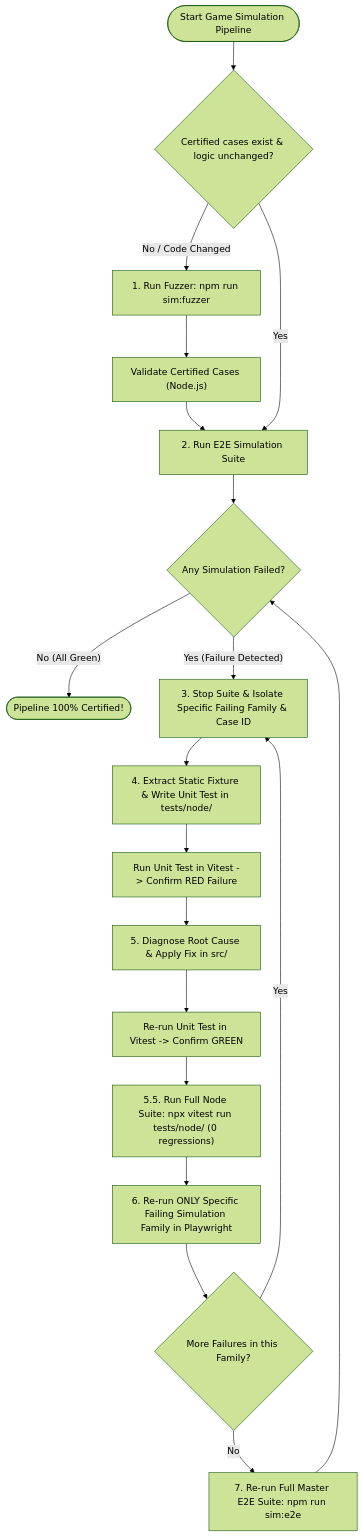
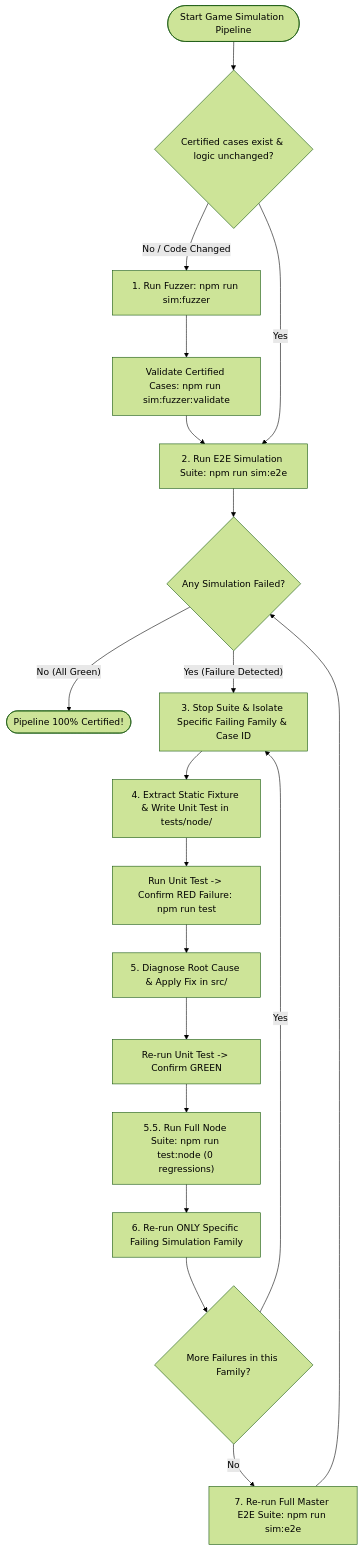
The diagram in .agents/skills/game-simulation/SKILL.md (Darkham77/PokeBorrador), drawn with Mermaid (forest theme) before and after one commit. The commit also changed other lines of this file and 43 other files, not shown here.

````diff
--- a/.agents/skills/game-simulation/SKILL.md
+++ b/.agents/skills/game-simulation/SKILL.md
@@ -212,21 +212,21 @@
 ```mermaid
 flowchart TD
     Start(["Start Game Simulation Pipeline"]) --> FuzzerCheck{"Certified cases exist & logic unchanged?"}
     FuzzerCheck -- "No / Code Changed" --> RunFuzzer["1. Run Fuzzer: npm run sim:fuzzer"]
-    RunFuzzer --> ValidateFuzzer["Validate Certified Cases (Node.js)"]
-    ValidateFuzzer --> RunE2E["2. Run E2E Simulation Suite"]
+    RunFuzzer --> ValidateFuzzer["Validate Certified Cases: npm run sim:fuzzer:validate"]
+    ValidateFuzzer --> RunE2E["2. Run E2E Simulation Suite: npm run sim:e2e"]
     FuzzerCheck -- "Yes" --> RunE2E
     RunE2E --> E2ECheck{"Any Simulation Failed?"}
     E2ECheck -- "No (All Green)" --> Done(["Pipeline 100% Certified!"])
     E2ECheck -- "Yes (Failure Detected)" --> IsolateCase["3. Stop Suite & Isolate Specific Failing Family & Case ID"]
     IsolateCase --> ExtractFixture["4. Extract Static Fixture & Write Unit Test in tests/node/"]
-    ExtractFixture --> RunRED["Run Unit Test in Vitest -> Confirm RED Failure"]
+    ExtractFixture --> RunRED["Run Unit Test -> Confirm RED Failure: npm run test"]
     RunRED --> FixCode["5. Diagnose Root Cause & Apply Fix in src/"]
-    FixCode --> RunGREEN["Re-run Unit Test in Vitest -> Confirm GREEN"]
-    RunGREEN --> RunNodeRegression["5.5. Run Full Node Suite: npx vitest run tests/node/ (0 regressions)"]
-    RunNodeRegression --> ReRunSpecific["6. Re-run ONLY Specific Failing Simulation Family in Playwright"]
+    FixCode --> RunGREEN["Re-run Unit Test -> Confirm GREEN"]
+    RunGREEN --> RunNodeRegression["5.5. Run Full Node Suite: npm run test:node (0 regressions)"]
+    RunNodeRegression --> ReRunSpecific["6. Re-run ONLY Specific Failing Simulation Family"]
     ReRunSpecific --> FamilyCheck{"More Failures in this Family?"}
     FamilyCheck -- "Yes" --> IsolateCase
     FamilyCheck -- "No" --> RunMasterE2E["7. Re-run Full Master E2E Suite: npm run sim:e2e"]
     RunMasterE2E --> E2ECheck
 ```
````
